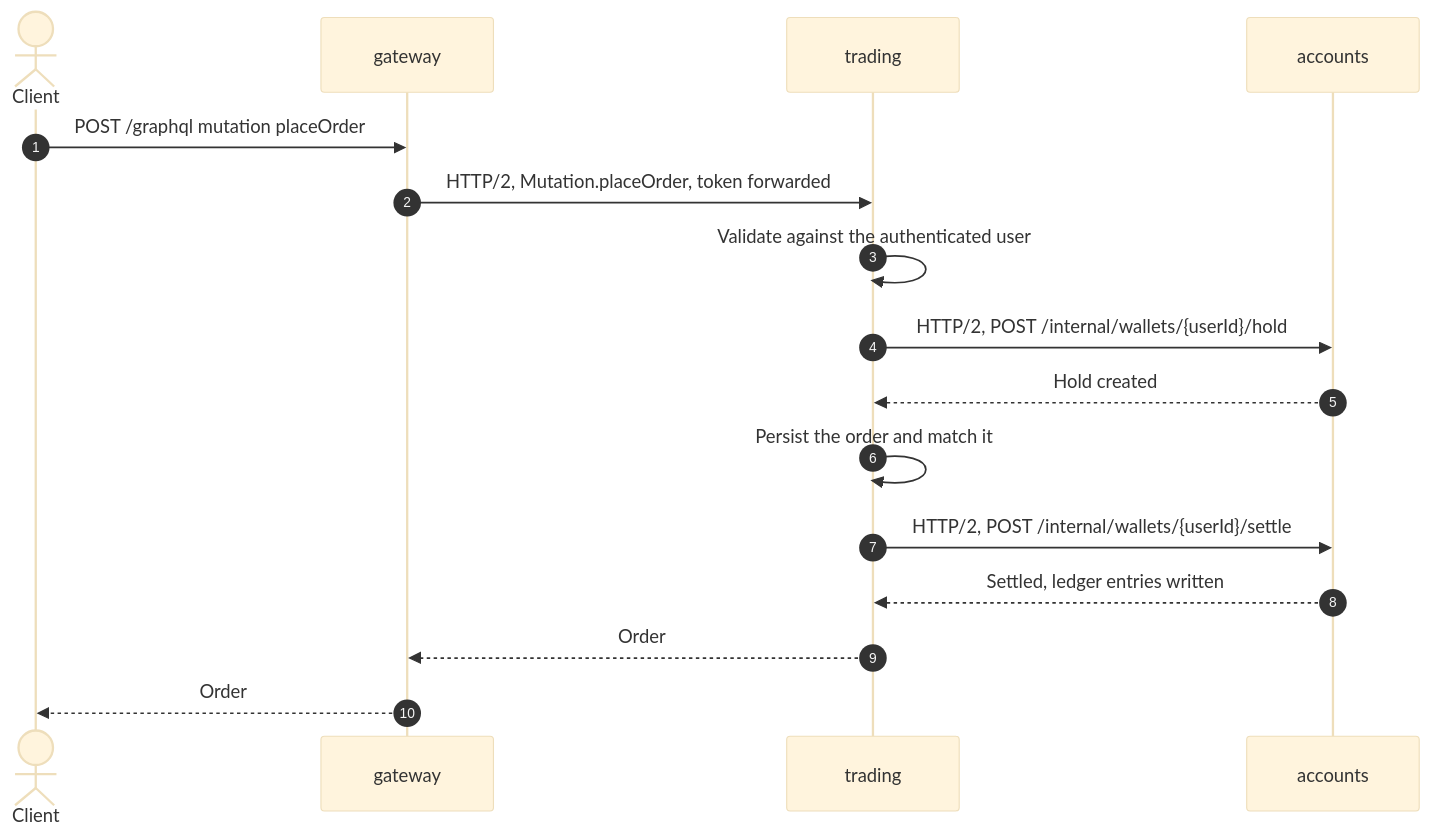
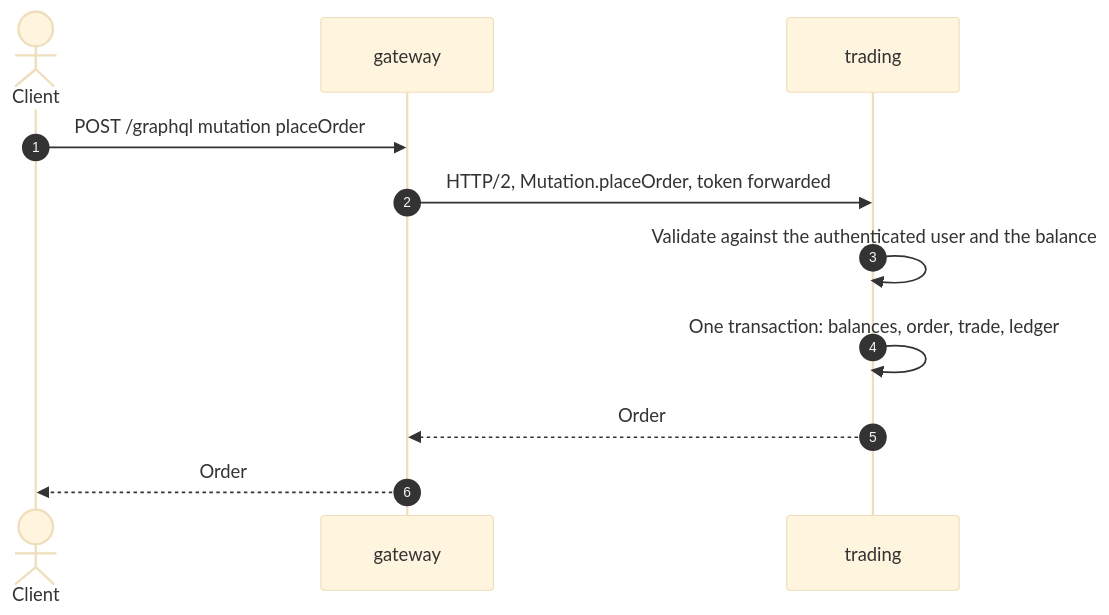
One commit to zazzcode/vuln-nestjs changed the third of 4 diagrams in .zazz/architecture/project.md. Above: the diagram before and after it, drawn with Mermaid (base theme). The commit also changed other lines of this file and 53 other files, not shown here.

````diff
--- a/.zazz/architecture/project.md
+++ b/.zazz/architecture/project.md
@@ -228,18 +222,13 @@
 ```mermaid
 sequenceDiagram
     autonumber
     actor C as Client
     participant G as gateway
     participant T as trading
-    participant A as accounts
     C->>G: POST /graphql mutation placeOrder
     G->>T: HTTP/2, Mutation.placeOrder, token forwarded
-    T->>T: Validate against the authenticated user
-    T->>A: HTTP/2, POST /internal/wallets/{userId}/hold
-    A-->>T: Hold created
-    T->>T: Persist the order and match it
-    T->>A: HTTP/2, POST /internal/wallets/{userId}/settle
-    A-->>T: Settled, ledger entries written
+    T->>T: Validate against the authenticated user and the balance
+    T->>T: One transaction: balances, order, trade, ledger
     T-->>G: Order
     G-->>C: Order
 ```
````
